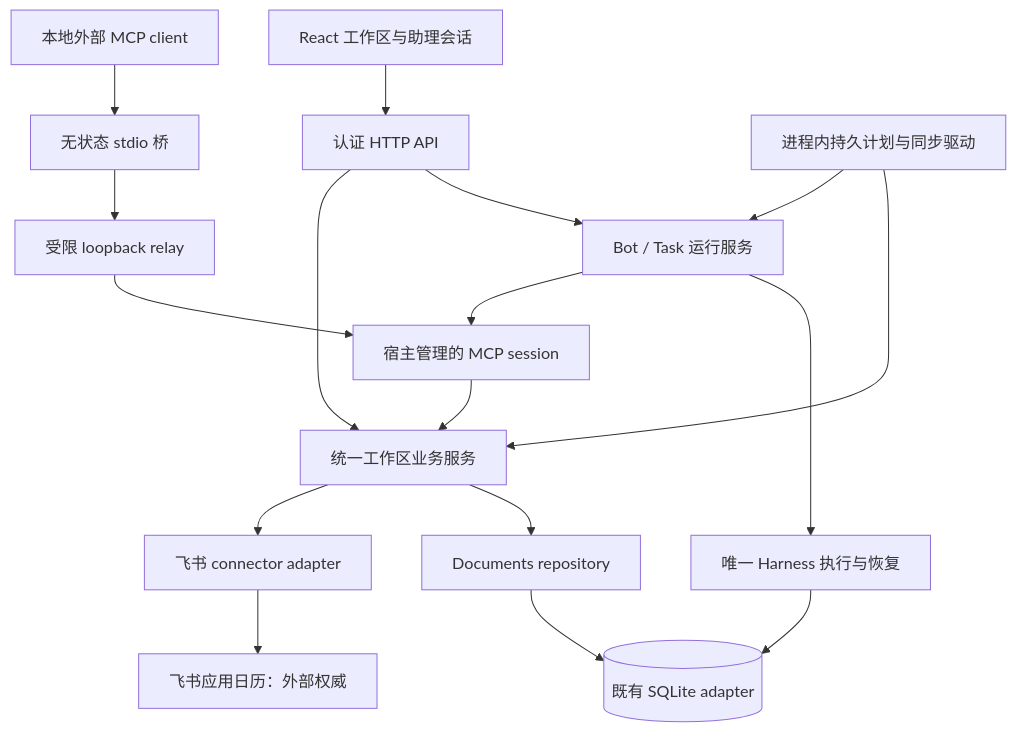
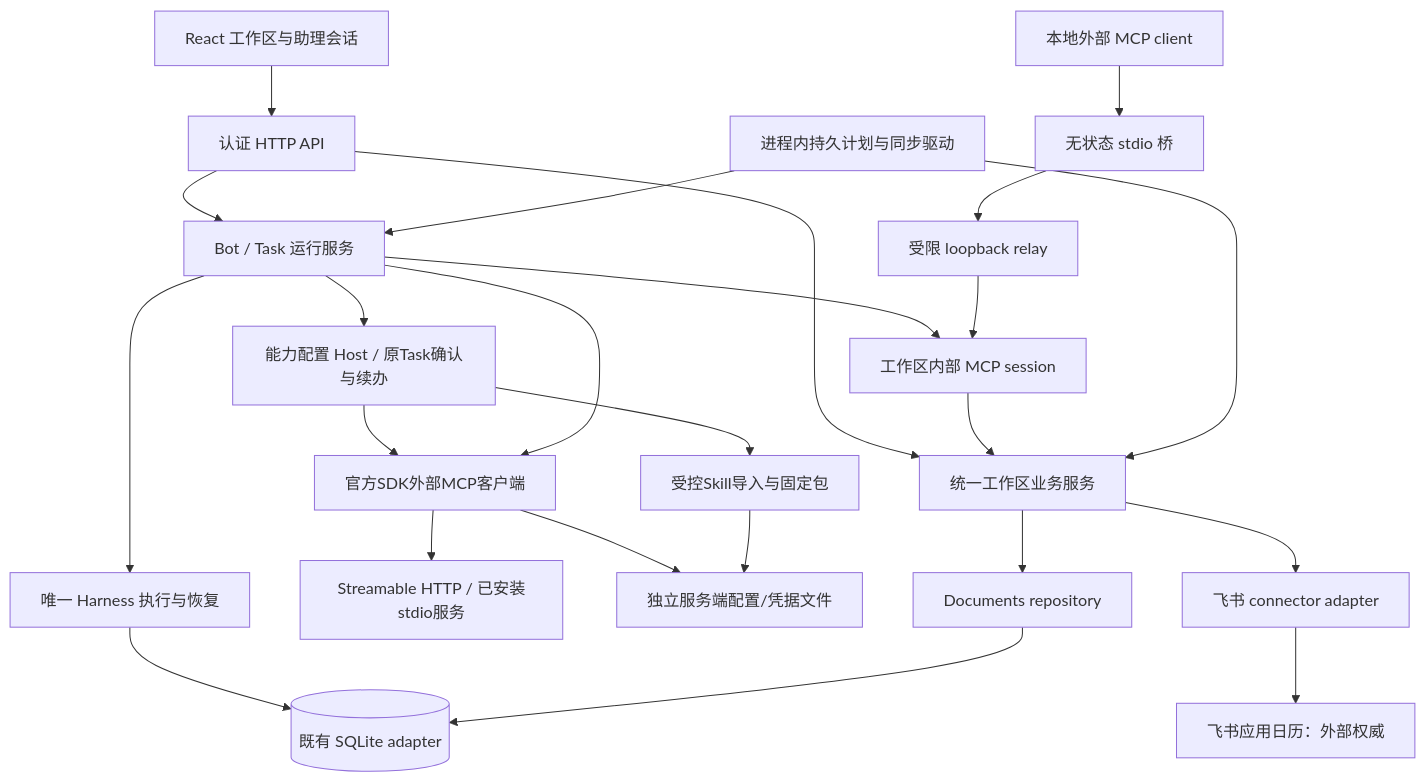
One commit to zhper-liang/pi-dots changed the first of 2 diagrams in docs/architecture/system-overview.md. Above: the diagram before and after it, drawn with Mermaid. The commit also changed other lines of this file and 167 other files, not shown here.

First line of the commit message:
R1：会话删除、模型卡片、@ 菜单、日历/定时任务卡片、能力开关与空白 Bot、外部 MCP、Skill 导入、对话配置能力

````diff
--- a/docs/architecture/system-overview.md
+++ b/docs/architecture/system-overview.md
@@ -4,19 +4,26 @@
 ```mermaid
 flowchart TD
     UI[React 工作区与助理会话] --> HTTP[认证 HTTP API]
     HTTP --> R[Bot / Task 运行服务]
     HTTP --> W[统一工作区业务服务]
     R --> H[唯一 Harness 执行与恢复]
-    R --> MCP[宿主管理的 MCP session]
+    R --> MCP[工作区内部 MCP session]
+    R --> CM[能力配置 Host / 原Task确认与续办]
+    CM --> OUT[官方SDK外部MCP客户端]
+    R --> OUT
+    OUT --> REMOTE[Streamable HTTP / 已安装stdio服务]
+    CM --> SKILL[受控Skill导入与固定包]
+    OUT --> FILE[独立服务端配置/凭据文件]
+    SKILL --> FILE
     EXT[本地外部 MCP client] --> STDIO[无状态 stdio 桥]
     STDIO --> RELAY[受限 loopback relay]
     RELAY --> MCP
     MCP --> W
     W --> REPO[Documents repository]
     H --> DB[(既有 SQLite adapter)]
     REPO --> DB
     W --> ADAPTER[飞书 connector adapter]
     ADAPTER --> PROVIDER[飞书应用日历：外部权威]
     BG[进程内持久计划与同步驱动] --> W
     BG --> R
 ```
````
